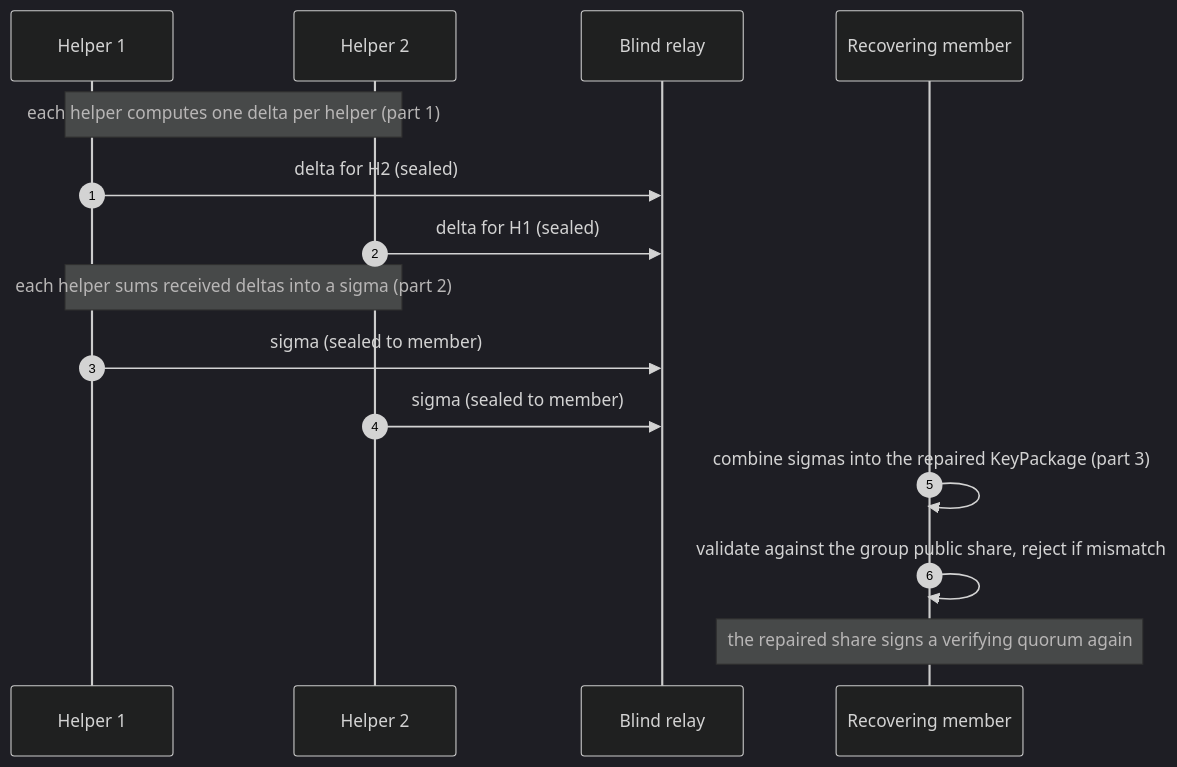
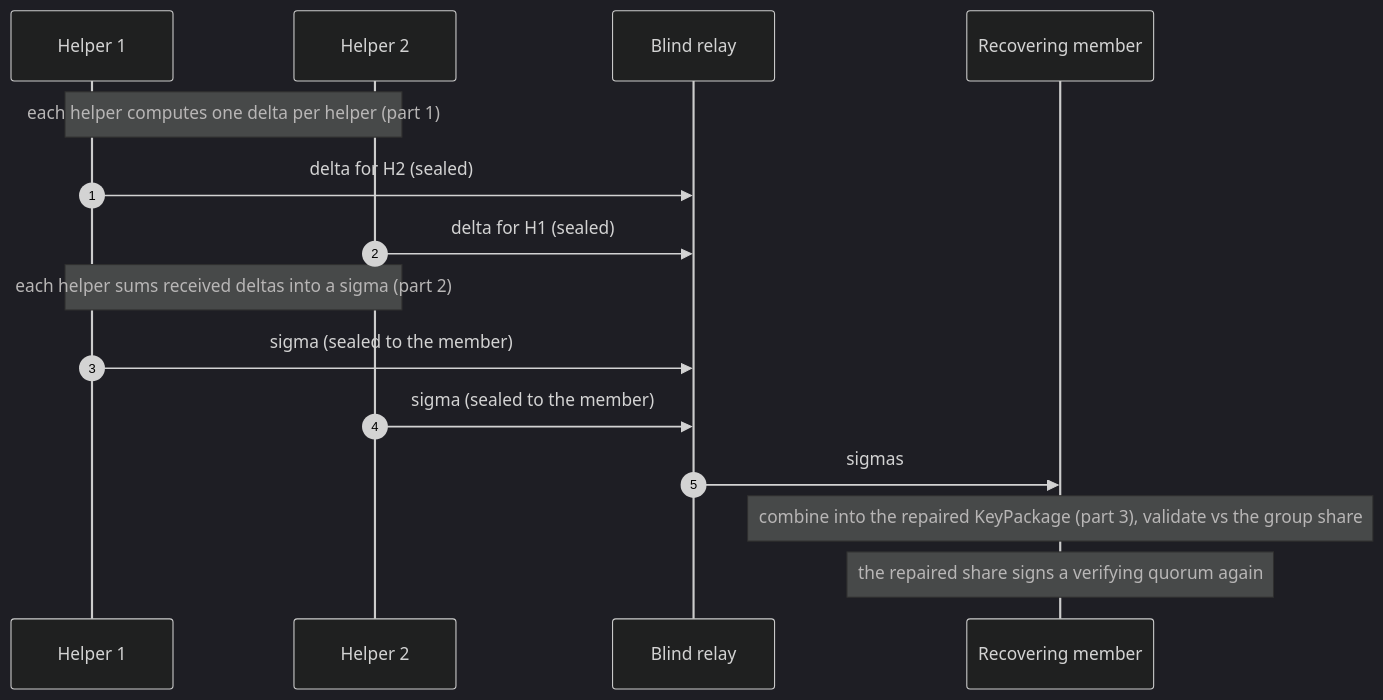
One commit to deegalabs/konclave changed the sixth of 10 diagrams in docs/DIAGRAMS.md. Above: the diagram before and after it, drawn with Mermaid (dark theme). The commit also changed other lines of this file, not shown here.

First line of the commit message:
docs(diagrams): make all Mermaid diagrams render on GitHub

````diff
--- a/docs/DIAGRAMS.md
+++ b/docs/DIAGRAMS.md
@@ -155,18 +126,18 @@
 ```mermaid
 sequenceDiagram
   autonumber
   participant H1 as Helper 1
   participant H2 as Helper 2
   participant R as Blind relay
   participant M as Recovering member
 
   Note over H1,H2: each helper computes one delta per helper (part 1)
   H1->>R: delta for H2 (sealed)
   H2->>R: delta for H1 (sealed)
   Note over H1,H2: each helper sums received deltas into a sigma (part 2)
-  H1->>R: sigma (sealed to member)
-  H2->>R: sigma (sealed to member)
-  M->>M: combine sigmas into the repaired KeyPackage (part 3)
-  M->>M: validate against the group public share, reject if mismatch
+  H1->>R: sigma (sealed to the member)
+  H2->>R: sigma (sealed to the member)
+  R->>M: sigmas
+  Note over M: combine into the repaired KeyPackage (part 3), validate vs the group share
   Note over M: the repaired share signs a verifying quorum again
 ```
````
